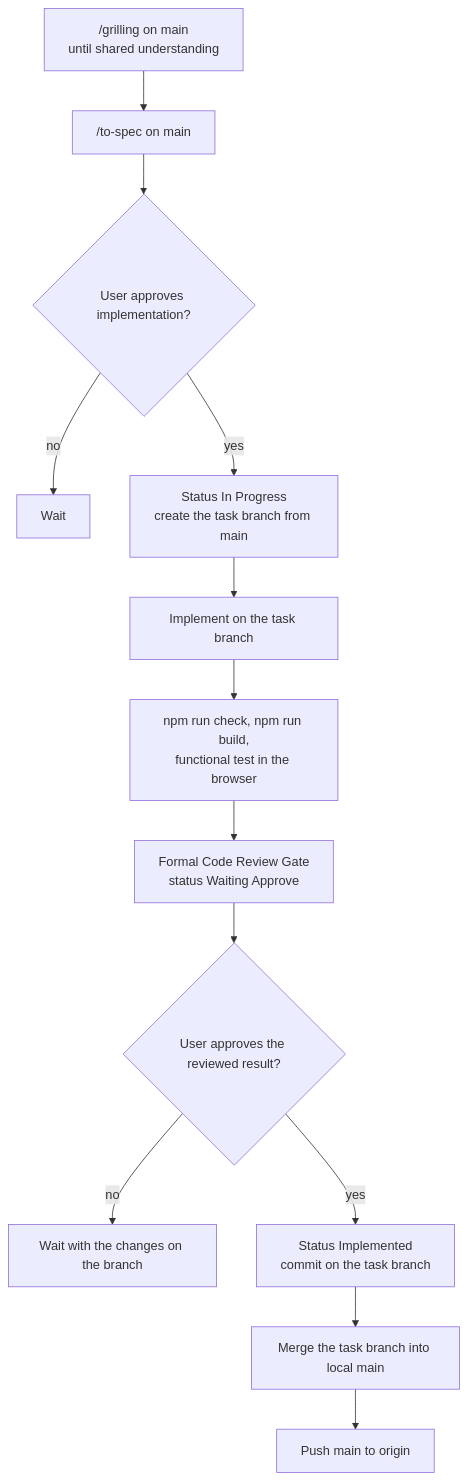
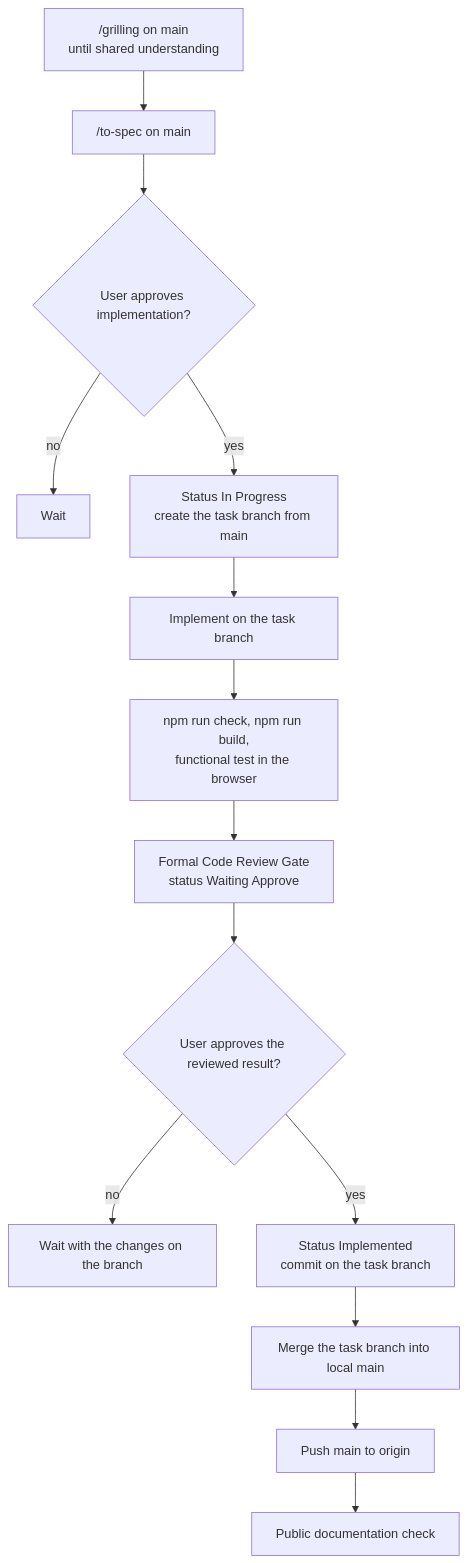
One commit to fagnermourafeitosa/chokepoint-admin changed the diagram in AGENTS.md. Above: the diagram before and after it, drawn with Mermaid. The commit also changed other lines of this file, not shown here.

First line of the commit message:
Check the public documentation after each specification

````diff
--- a/AGENTS.md
+++ b/AGENTS.md
@@ -55,15 +55,16 @@
 ```mermaid
 flowchart TD
     G["/grilling on main<br/>until shared understanding"] --> S["/to-spec on main"]
     S --> A{"User approves implementation?"}
     A -- no --> W1["Wait"]
     A -- yes --> P["Status In Progress<br/>create the task branch from main"]
     P --> I["Implement on the task branch"]
     I --> V["npm run check, npm run build,<br/>functional test in the browser"]
     V --> R["Formal Code Review Gate<br/>status Waiting Approve"]
     R --> C{"User approves the reviewed result?"}
     C -- no --> W2["Wait with the changes on the branch"]
     C -- yes --> D["Status Implemented<br/>commit on the task branch"]
     D --> M["Merge the task branch into local main"]
     M --> U["Push main to origin"]
+    U --> PU["Public documentation check"]
 ```
````
